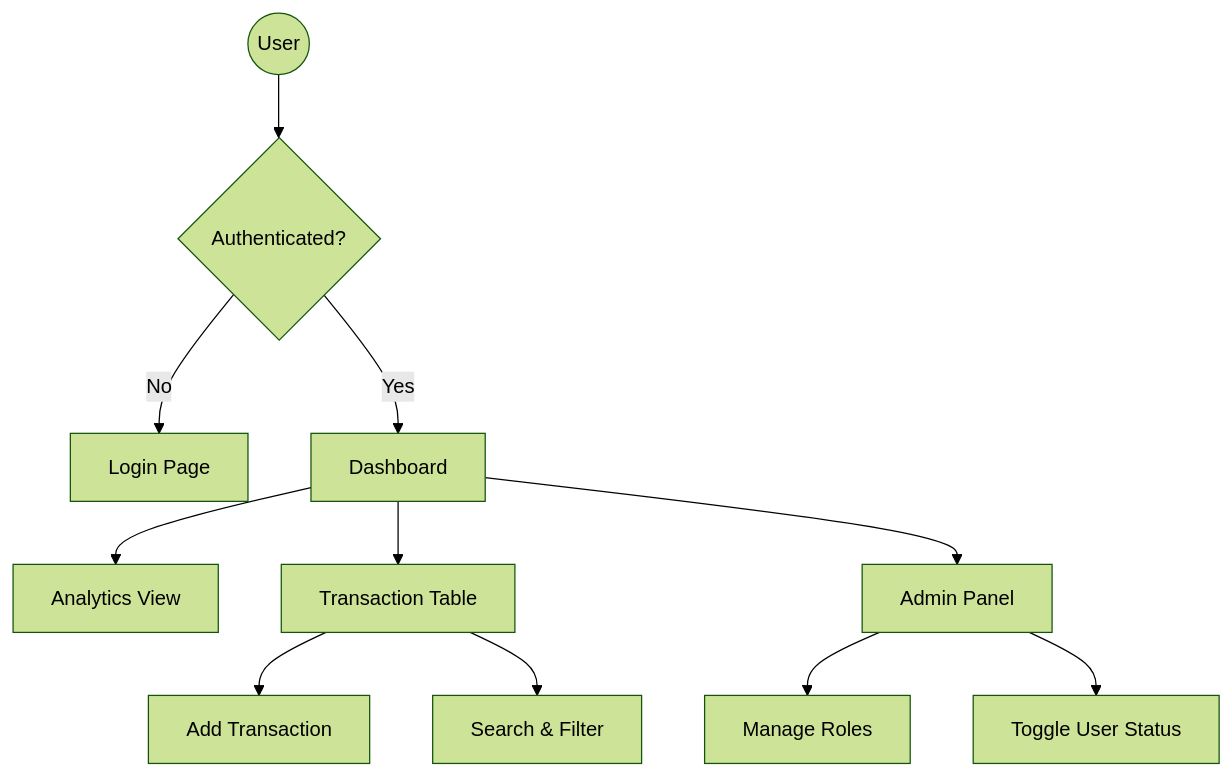
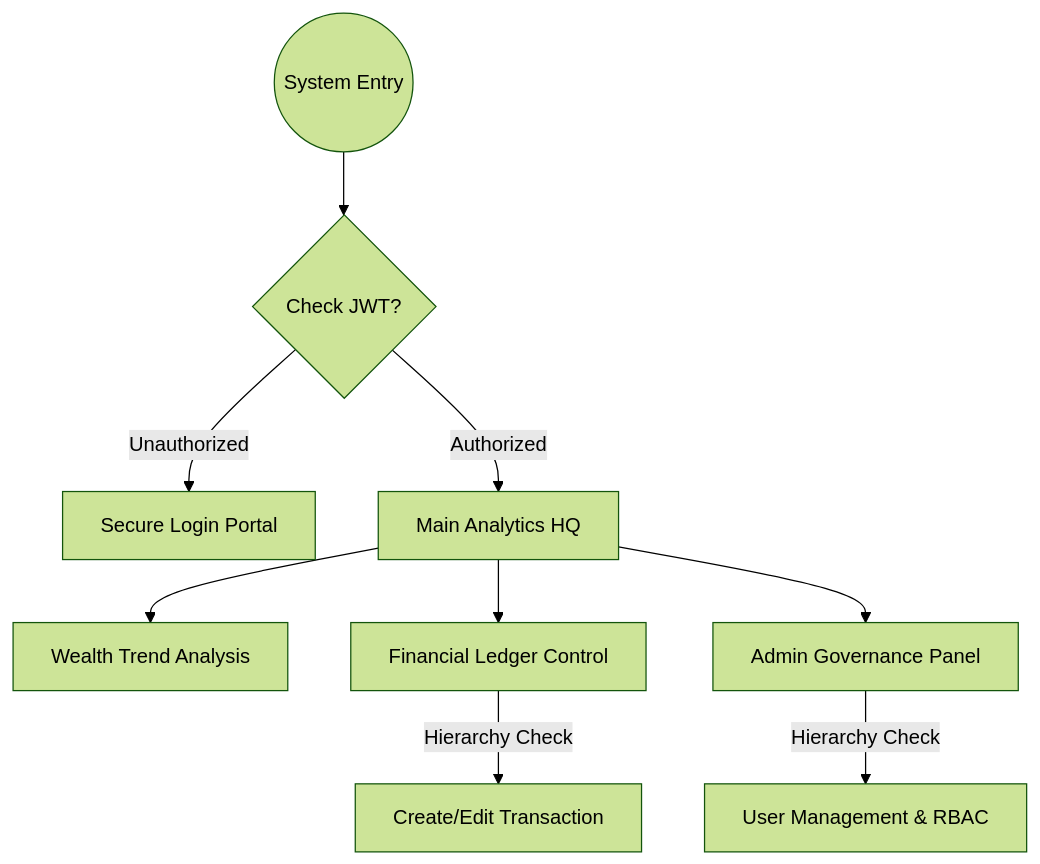
The second of 2 diagrams in frontend/README.md (Tanmay24-ya/FinDash), drawn with Mermaid (forest theme) before and after one commit. The commit also changed other lines of this file and 3 other files, not shown here.

````diff
--- a/frontend/README.md
+++ b/frontend/README.md
@@ -96,17 +80,14 @@
 ```mermaid
 graph TD
-    Start((User)) --> Auth{Authenticated?}
+    Start((System Entry)) --> Auth{Check JWT?}
     
-    Auth -- No --> Login[Login Page]
-    Auth -- Yes --> Dashboard[Dashboard]
+    Auth -- Unauthorized --> Login[Secure Login Portal]
+    Auth -- Authorized --> Dashboard[Main Analytics HQ]
     
-    Dashboard --> Analytics[Analytics View]
-    Dashboard --> Records[Transaction Table]
-    Dashboard --> Admin[Admin Panel]
+    Dashboard --> View1[Wealth Trend Analysis]
+    Dashboard --> View2[Financial Ledger Control]
+    Dashboard --> View3[Admin Governance Panel]
     
-    Records --> Add[Add Transaction]
-    Records --> Filter[Search & Filter]
-    
-    Admin --> Role[Manage Roles]
-    Admin --> Status[Toggle User Status]
+    View3 -- Hierarchy Check --> AdminOp[User Management & RBAC]
+    View2 -- Hierarchy Check --> AddR[Create/Edit Transaction]
 ```
````
